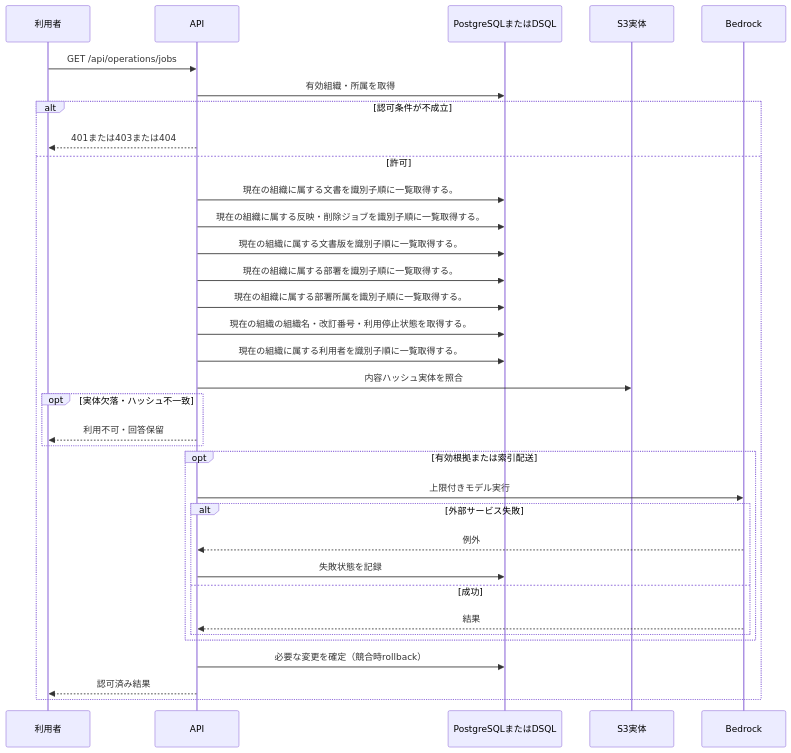
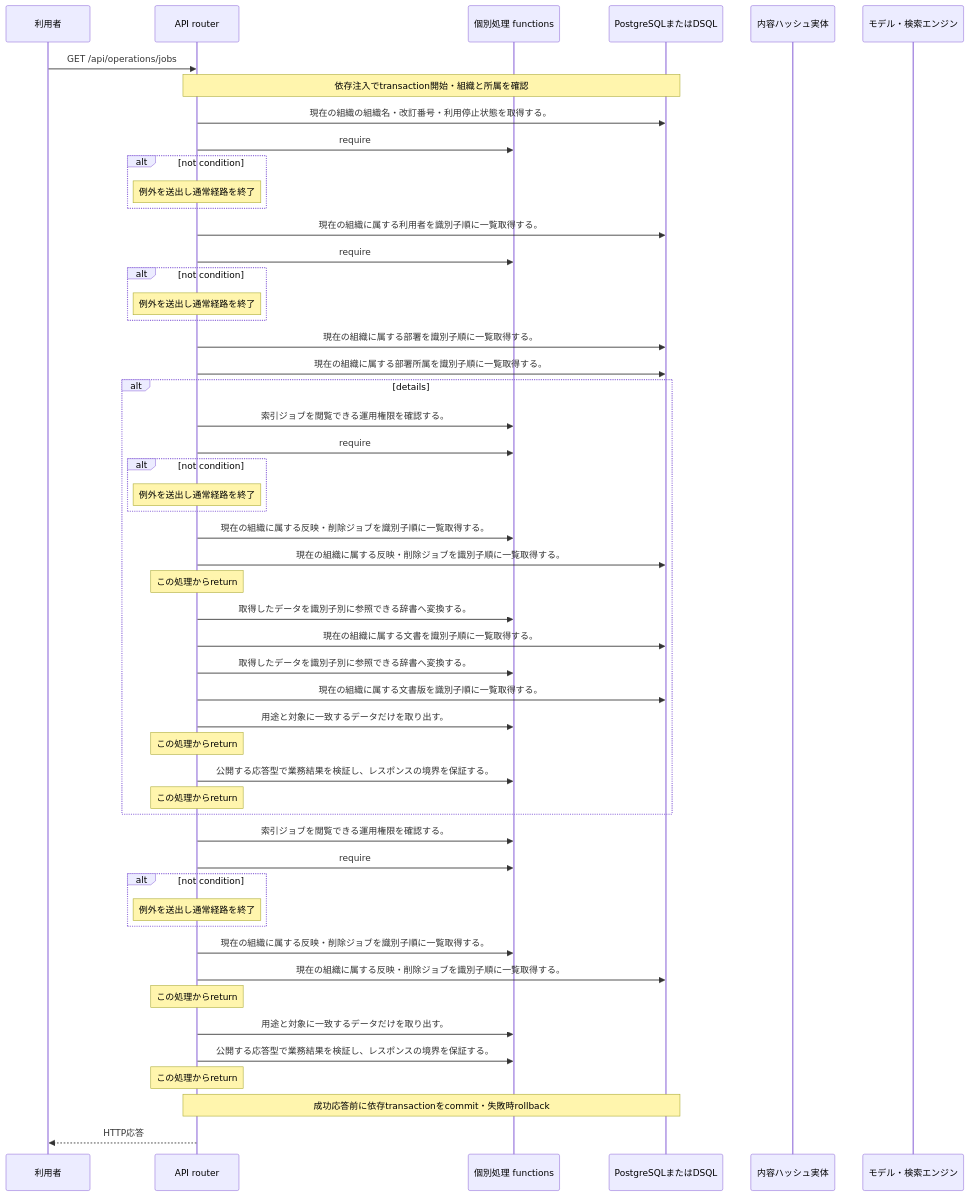
One commit to tsuji-tomonori/KotoRelay changed the diagram in docs/design/generated/api/operations/list_jobs/sequence.md. Above: the diagram before and after it, drawn with Mermaid. The commit also changed other lines of this file and 424 other files, not shown here.

````diff
--- a/docs/design/generated/api/operations/list_jobs/sequence.md
+++ b/docs/design/generated/api/operations/list_jobs/sequence.md
@@ -7,36 +7,54 @@
 ```mermaid
 sequenceDiagram
     participant U as 利用者
-    participant A as API
+    participant A as API router
+    participant F as 個別処理 functions
     participant D as PostgreSQLまたはDSQL
-    participant S as S3実体
-    participant M as Bedrock
+    participant S as 内容ハッシュ実体
+    participant M as モデル・検索エンジン
     U->>A: GET /api/operations/jobs
-    A->>D: 有効組織・所属を取得
-    alt 認可条件が不成立
-        A-->>U: 401または403または404
-    else 許可
-        A->>D: 現在の組織に属する文書を識別子順に一覧取得する。
-        A->>D: 現在の組織に属する反映・削除ジョブを識別子順に一覧取得する。
-        A->>D: 現在の組織に属する文書版を識別子順に一覧取得する。
-        A->>D: 現在の組織に属する部署を識別子順に一覧取得する。
-        A->>D: 現在の組織に属する部署所属を識別子順に一覧取得する。
-        A->>D: 現在の組織の組織名・改訂番号・利用停止状態を取得する。
-        A->>D: 現在の組織に属する利用者を識別子順に一覧取得する。
-        A->>S: 内容ハッシュ実体を照合
-        opt 実体欠落・ハッシュ不一致
-            A-->>U: 利用不可・回答保留
-        end
-        opt 有効根拠または索引配送
-            A->>M: 上限付きモデル実行
-            alt 外部サービス失敗
-                M-->>A: 例外
-                A->>D: 失敗状態を記録
-            else 成功
-                M-->>A: 結果
-            end
-        end
-        A->>D: 必要な変更を確定（競合時rollback）
-        A-->>U: 認可済み結果
+    Note over A,D: 依存注入でtransaction開始・組織と所属を確認
+    A->>D: 現在の組織の組織名・改訂番号・利用停止状態を取得する。
+    A->>F: require
+    alt not condition
+    Note over A: 例外を送出し通常経路を終了
     end
+    A->>D: 現在の組織に属する利用者を識別子順に一覧取得する。
+    A->>F: require
+    alt not condition
+    Note over A: 例外を送出し通常経路を終了
+    end
+    A->>D: 現在の組織に属する部署を識別子順に一覧取得する。
+    A->>D: 現在の組織に属する部署所属を識別子順に一覧取得する。
+    alt details
+    A->>F: 索引ジョブを閲覧できる運用権限を確認する。
+    A->>F: require
+    alt not condition
+    Note over A: 例外を送出し通常経路を終了
+    end
+    A->>F: 現在の組織に属する反映・削除ジョブを識別子順に一覧取得する。
+    A->>D: 現在の組織に属する反映・削除ジョブを識別子順に一覧取得する。
+    Note over A: この処理からreturn
+    A->>F: 取得したデータを識別子別に参照できる辞書へ変換する。
+    A->>D: 現在の組織に属する文書を識別子順に一覧取得する。
+    A->>F: 取得したデータを識別子別に参照できる辞書へ変換する。
+    A->>D: 現在の組織に属する文書版を識別子順に一覧取得する。
+    A->>F: 用途と対象に一致するデータだけを取り出す。
+    Note over A: この処理からreturn
+    A->>F: 公開する応答型で業務結果を検証し、レスポンスの境界を保証する。
+    Note over A: この処理からreturn
+    end
+    A->>F: 索引ジョブを閲覧できる運用権限を確認する。
+    A->>F: require
+    alt not condition
+    Note over A: 例外を送出し通常経路を終了
+    end
+    A->>F: 現在の組織に属する反映・削除ジョブを識別子順に一覧取得する。
+    A->>D: 現在の組織に属する反映・削除ジョブを識別子順に一覧取得する。
+    Note over A: この処理からreturn
+    A->>F: 用途と対象に一致するデータだけを取り出す。
+    A->>F: 公開する応答型で業務結果を検証し、レスポンスの境界を保証する。
+    Note over A: この処理からreturn
+    Note over A,D: 成功応答前に依存transactionをcommit・失敗時rollback
+    A-->>U: HTTP応答
 ```
````
